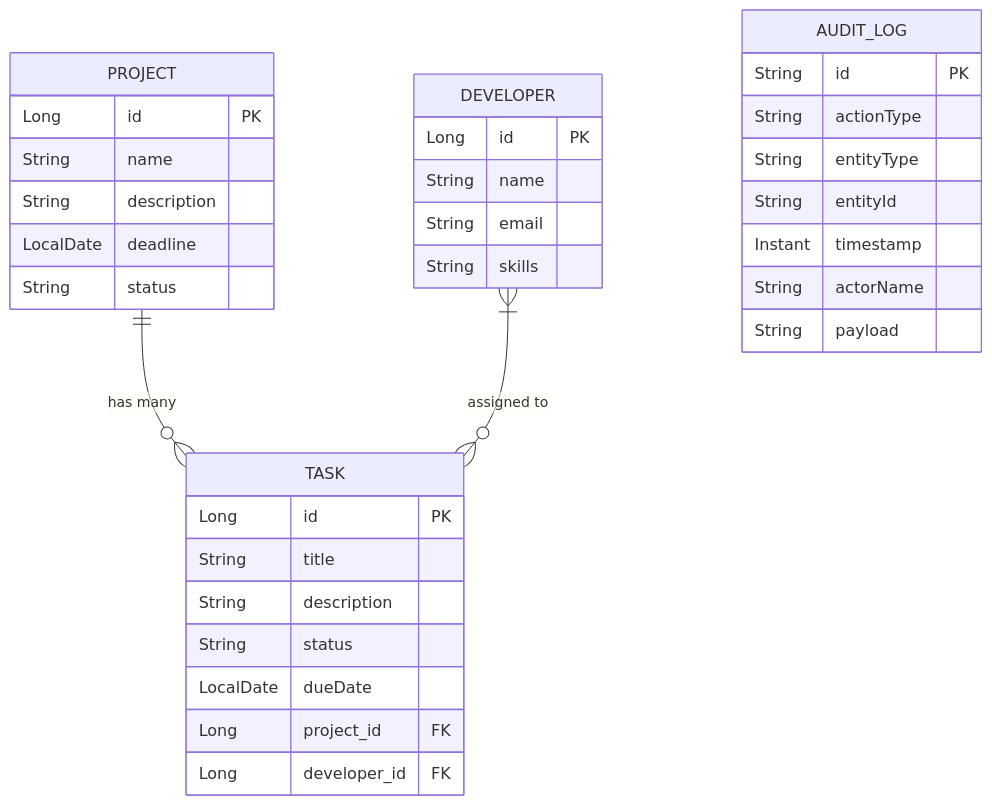
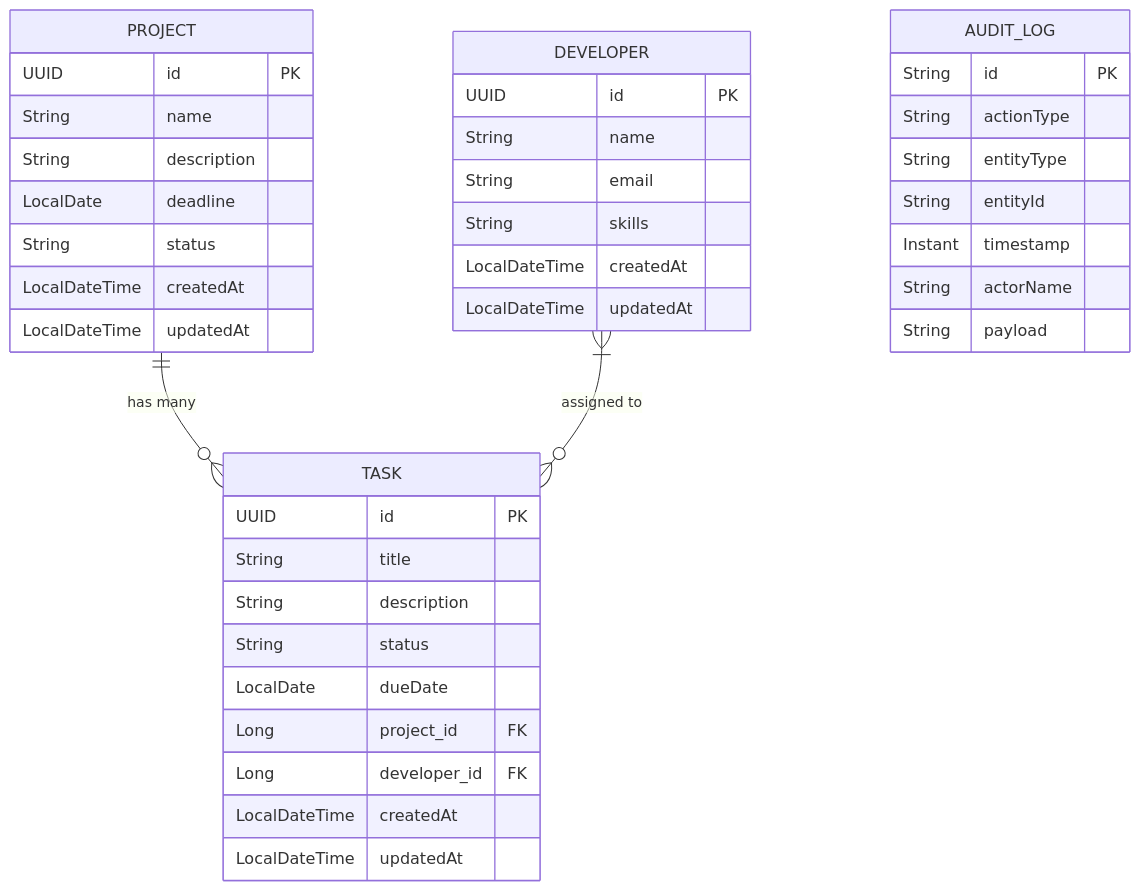
The diagram in README.md (thenoblet/project-tracker), drawn with Mermaid before and after one commit.

````diff
--- a/README.md
+++ b/README.md
@@ -23,40 +23,46 @@
 ```mermaid
 erDiagram
     PROJECT ||--o{ TASK : "has many"
     DEVELOPER }|--o{ TASK : "assigned to"
     
     PROJECT {
-        Long id PK
+        UUID id PK
         String name
         String description
         LocalDate deadline
         String status
+        LocalDateTime createdAt
+        LocalDateTime updatedAt
     }
     
     DEVELOPER {
-        Long id PK
+        UUID id PK
         String name
         String email
         String skills
+        LocalDateTime createdAt
+        LocalDateTime updatedAt
     }
     
     TASK {
-        Long id PK
+        UUID id PK
         String title
         String description
         String status
         LocalDate dueDate
         Long project_id FK
         Long developer_id FK
+        LocalDateTime createdAt
+        LocalDateTime updatedAt
     }
     
     AUDIT_LOG {
         String id PK
         String actionType
         String entityType
         String entityId
         Instant timestamp
         String actorName
         String payload
     }
 ```
````
